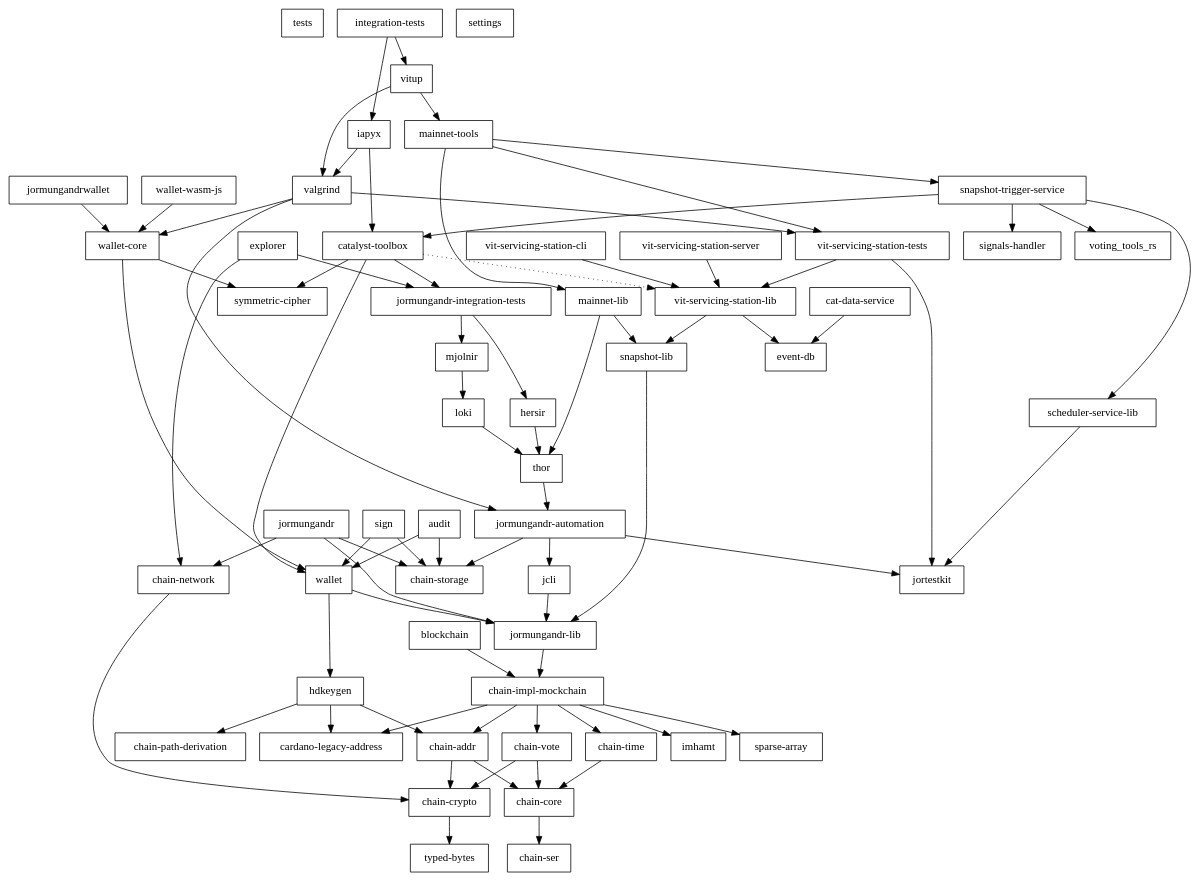
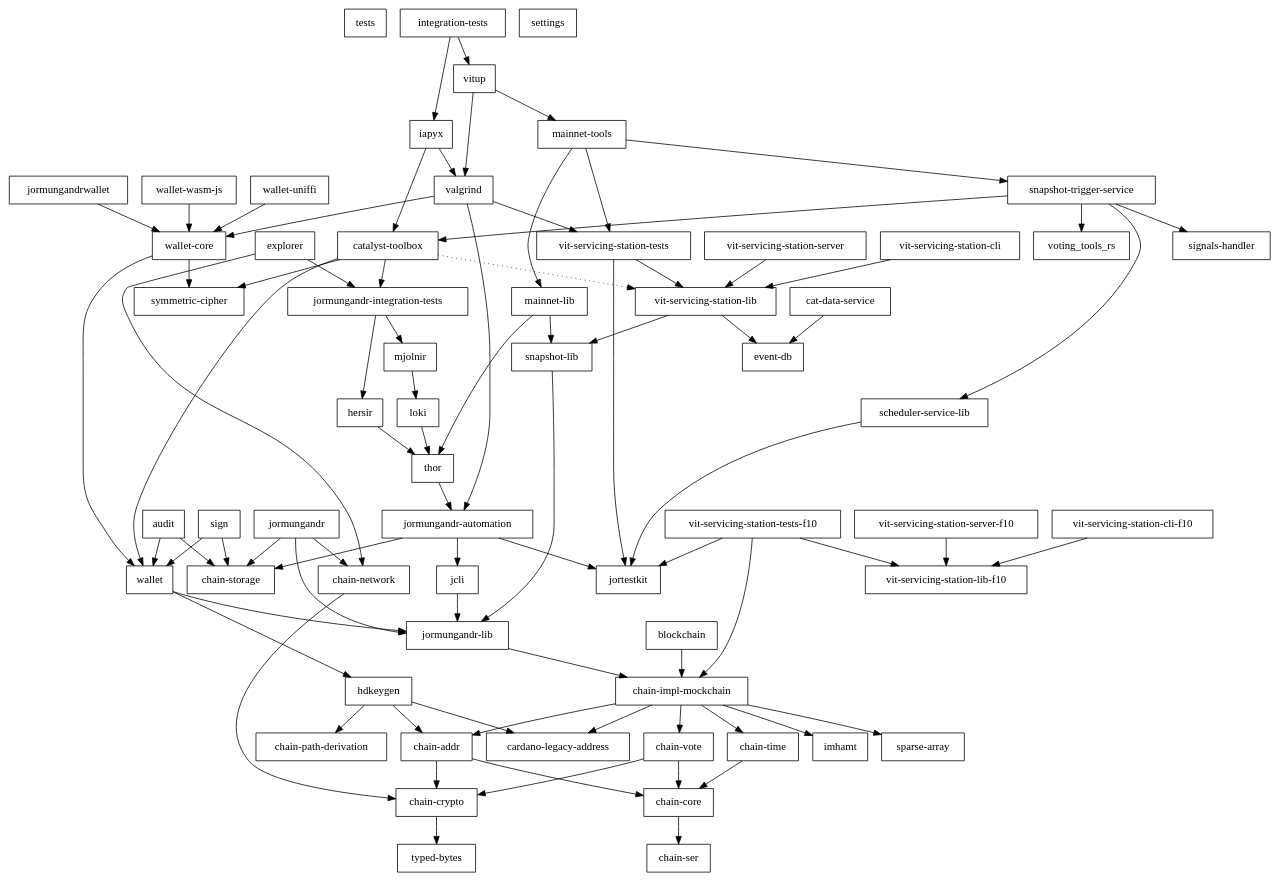
One commit to input-output-hk/catalyst-core changed the diagram in fragment-generator/06_rust_api/rust/doc/workspace.depgraph.dot. Above: the diagram before and after it, drawn with Graphviz. The commit also changed 13076 other files, not shown here.

```diff
--- a/fragment-generator/06_rust_api/rust/doc/workspace.depgraph.dot
+++ b/fragment-generator/06_rust_api/rust/doc/workspace.depgraph.dot
@@ -1,131 +1,142 @@
 digraph {
     0 [ label = "tests" shape = box]
     1 [ label = "catalyst-toolbox" shape = box]
     2 [ label = "chain-addr" shape = box]
     3 [ label = "chain-core" shape = box]
     4 [ label = "chain-ser" shape = box]
     5 [ label = "chain-crypto" shape = box]
     6 [ label = "typed-bytes" shape = box]
     7 [ label = "chain-impl-mockchain" shape = box]
     8 [ label = "cardano-legacy-address" shape = box]
     9 [ label = "chain-time" shape = box]
     10 [ label = "chain-vote" shape = box]
     11 [ label = "imhamt" shape = box]
     12 [ label = "sparse-array" shape = box]
     13 [ label = "chain-storage" shape = box]
     14 [ label = "jcli" shape = box]
     15 [ label = "jormungandr-lib" shape = box]
     16 [ label = "jormungandr-automation" shape = box]
     17 [ label = "jortestkit" shape = box]
     18 [ label = "jormungandr-integration-tests" shape = box]
     19 [ label = "hersir" shape = box]
     20 [ label = "thor" shape = box]
     21 [ label = "loki" shape = box]
     22 [ label = "mjolnir" shape = box]
     23 [ label = "snapshot-lib" shape = box]
     24 [ label = "symmetric-cipher" shape = box]
     25 [ label = "vit-servicing-station-lib" shape = box]
     26 [ label = "event-db" shape = box]
     27 [ label = "vit-servicing-station-tests" shape = box]
     28 [ label = "wallet" shape = box]
     29 [ label = "chain-path-derivation" shape = box]
     30 [ label = "hdkeygen" shape = box]
     31 [ label = "chain-network" shape = box]
     32 [ label = "jormungandrwallet" shape = box]
     33 [ label = "wallet-core" shape = box]
     34 [ label = "wallet-wasm-js" shape = box]
-    35 [ label = "jormungandr" shape = box]
-    36 [ label = "explorer" shape = box]
-    37 [ label = "settings" shape = box]
-    38 [ label = "blockchain" shape = box]
-    39 [ label = "vit-servicing-station-cli" shape = box]
-    40 [ label = "vit-servicing-station-server" shape = box]
-    41 [ label = "iapyx" shape = box]
-    42 [ label = "valgrind" shape = box]
-    43 [ label = "vitup" shape = box]
-    44 [ label = "mainnet-lib" shape = box]
-    45 [ label = "mainnet-tools" shape = box]
-    46 [ label = "scheduler-service-lib" shape = box]
-    47 [ label = "signals-handler" shape = box]
-    48 [ label = "snapshot-trigger-service" shape = box]
-    49 [ label = "voting_tools_rs" shape = box]
-    50 [ label = "integration-tests" shape = box]
-    51 [ label = "cat-data-service" shape = box]
-    52 [ label = "audit" shape = box]
-    53 [ label = "sign" shape = box]
+    35 [ label = "wallet-uniffi" shape = box]
+    36 [ label = "jormungandr" shape = box]
+    37 [ label = "explorer" shape = box]
+    38 [ label = "settings" shape = box]
+    39 [ label = "blockchain" shape = box]
+    40 [ label = "vit-servicing-station-cli" shape = box]
+    41 [ label = "vit-servicing-station-server" shape = box]
+    42 [ label = "iapyx" shape = box]
+    43 [ label = "valgrind" shape = box]
+    44 [ label = "vitup" shape = box]
+    45 [ label = "mainnet-lib" shape = box]
+    46 [ label = "mainnet-tools" shape = box]
+    47 [ label = "scheduler-service-lib" shape = box]
+    48 [ label = "signals-handler" shape = box]
+    49 [ label = "snapshot-trigger-service" shape = box]
+    50 [ label = "voting_tools_rs" shape = box]
+    51 [ label = "integration-tests" shape = box]
+    52 [ label = "cat-data-service" shape = box]
+    53 [ label = "audit" shape = box]
+    54 [ label = "vit-servicing-station-cli-f10" shape = box]
+    55 [ label = "vit-servicing-station-lib-f10" shape = box]
+    56 [ label = "vit-servicing-station-server-f10" shape = box]
+    57 [ label = "vit-servicing-station-tests-f10" shape = box]
+    58 [ label = "sign" shape = box]
     1 -> 18 [ ]
     1 -> 24 [ ]
     1 -> 25 [ style = dotted]
     1 -> 28 [ ]
     2 -> 3 [ ]
     2 -> 5 [ ]
     3 -> 4 [ ]
     5 -> 6 [ ]
     7 -> 8 [ ]
     7 -> 2 [ ]
     7 -> 9 [ ]
     7 -> 10 [ ]
     7 -> 11 [ ]
     7 -> 12 [ ]
     9 -> 3 [ ]
     10 -> 3 [ ]
     10 -> 5 [ ]
     14 -> 15 [ ]
     15 -> 7 [ ]
     16 -> 13 [ ]
     16 -> 14 [ ]
     16 -> 17 [ ]
     18 -> 19 [ ]
     18 -> 22 [ ]
     19 -> 20 [ ]
     20 -> 16 [ ]
     21 -> 20 [ ]
     22 -> 21 [ ]
     23 -> 15 [ ]
     25 -> 26 [ ]
     25 -> 23 [ ]
     27 -> 17 [ ]
     27 -> 25 [ ]
     28 -> 30 [ ]
     28 -> 15 [ ]
     30 -> 8 [ ]
     30 -> 2 [ ]
     30 -> 29 [ ]
     31 -> 5 [ ]
     32 -> 33 [ ]
     33 -> 24 [ ]
     33 -> 28 [ ]
     34 -> 33 [ ]
-    35 -> 31 [ ]
-    35 -> 13 [ ]
-    35 -> 15 [ ]
+    35 -> 33 [ ]
     36 -> 31 [ ]
-    36 -> 18 [ ]
-    38 -> 7 [ ]
-    39 -> 25 [ ]
+    36 -> 13 [ ]
+    36 -> 15 [ ]
+    37 -> 31 [ ]
+    37 -> 18 [ ]
+    39 -> 7 [ ]
     40 -> 25 [ ]
-    41 -> 1 [ ]
-    41 -> 42 [ ]
-    42 -> 16 [ ]
-    42 -> 27 [ ]
-    42 -> 33 [ ]
-    43 -> 45 [ ]
-    43 -> 42 [ ]
-    44 -> 23 [ ]
-    44 -> 20 [ ]
-    45 -> 44 [ ]
-    45 -> 48 [ ]
-    45 -> 27 [ ]
-    46 -> 17 [ ]
-    48 -> 1 [ ]
-    48 -> 46 [ ]
-    48 -> 47 [ ]
-    48 -> 49 [ ]
-    50 -> 41 [ ]
-    50 -> 43 [ ]
-    51 -> 26 [ ]
-    52 -> 13 [ ]
-    52 -> 28 [ ]
+    41 -> 25 [ ]
+    42 -> 1 [ ]
+    42 -> 43 [ ]
+    43 -> 16 [ ]
+    43 -> 27 [ ]
+    43 -> 33 [ ]
+    44 -> 46 [ ]
+    44 -> 43 [ ]
+    45 -> 23 [ ]
+    45 -> 20 [ ]
+    46 -> 45 [ ]
+    46 -> 49 [ ]
+    46 -> 27 [ ]
+    47 -> 17 [ ]
+    49 -> 1 [ ]
+    49 -> 47 [ ]
+    49 -> 48 [ ]
+    49 -> 50 [ ]
+    51 -> 42 [ ]
+    51 -> 44 [ ]
+    52 -> 26 [ ]
     53 -> 13 [ ]
     53 -> 28 [ ]
+    54 -> 55 [ ]
+    56 -> 55 [ ]
+    57 -> 7 [ ]
+    57 -> 17 [ ]
+    57 -> 55 [ ]
+    58 -> 13 [ ]
+    58 -> 28 [ ]
 }
```
